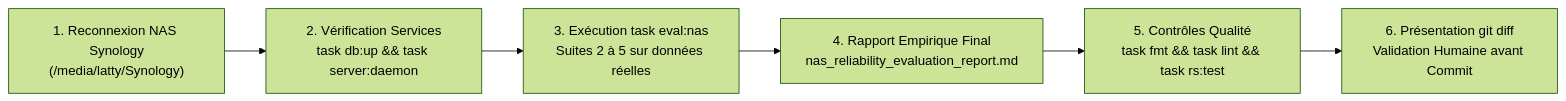
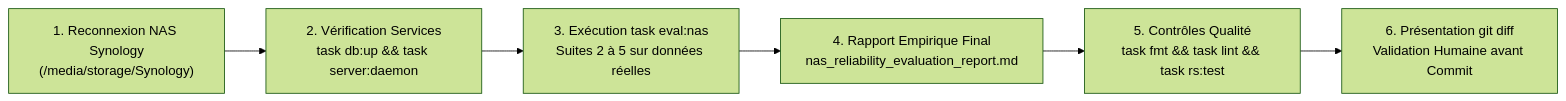
Before and after one commit to yoyonel/pydbsrt: the third of 3 diagrams in docs/2026-10-19-audit-exhaustif-matching-e2e-phash.md, drawn with Mermaid (forest theme). The commit also changed other lines of this file and 25 other files, not shown here.

````diff
--- a/docs/2026-10-19-audit-exhaustif-matching-e2e-phash.md
+++ b/docs/2026-10-19-audit-exhaustif-matching-e2e-phash.md
@@ -294,8 +294,8 @@
 ```mermaid
 flowchart LR
-    A["1. Reconnexion NAS Synology<br/>(/media/latty/Synology)"] --> B["2. Vérification Services<br/>task db:up && task server:daemon"]
+    A["1. Reconnexion NAS Synology<br/>(/media/storage/Synology)"] --> B["2. Vérification Services<br/>task db:up && task server:daemon"]
     B --> C["3. Exécution task eval:nas<br/>Suites 2 à 5 sur données réelles"]
     C --> D["4. Rapport Empirique Final<br/>nas_reliability_evaluation_report.md"]
     D --> E["5. Contrôles Qualité<br/>task fmt && task lint && task rs:test"]
     E --> F["6. Présentation git diff<br/>Validation Humaine avant Commit"]
 ```
````
